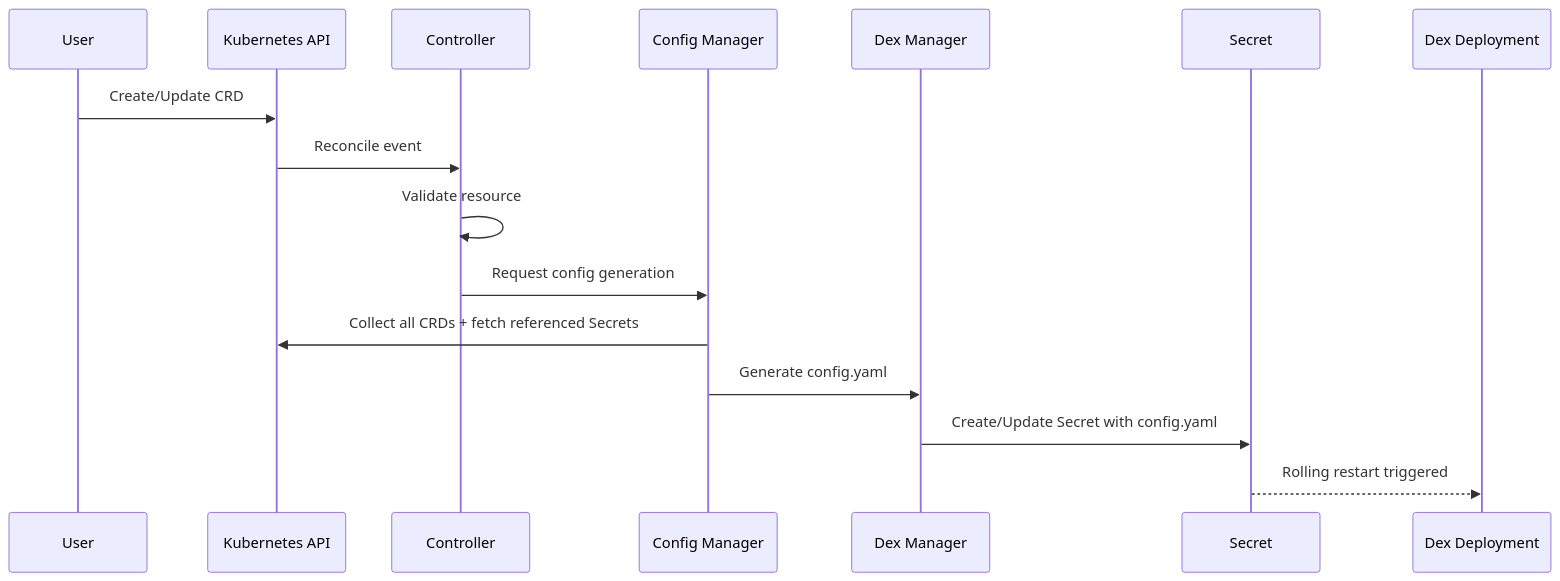
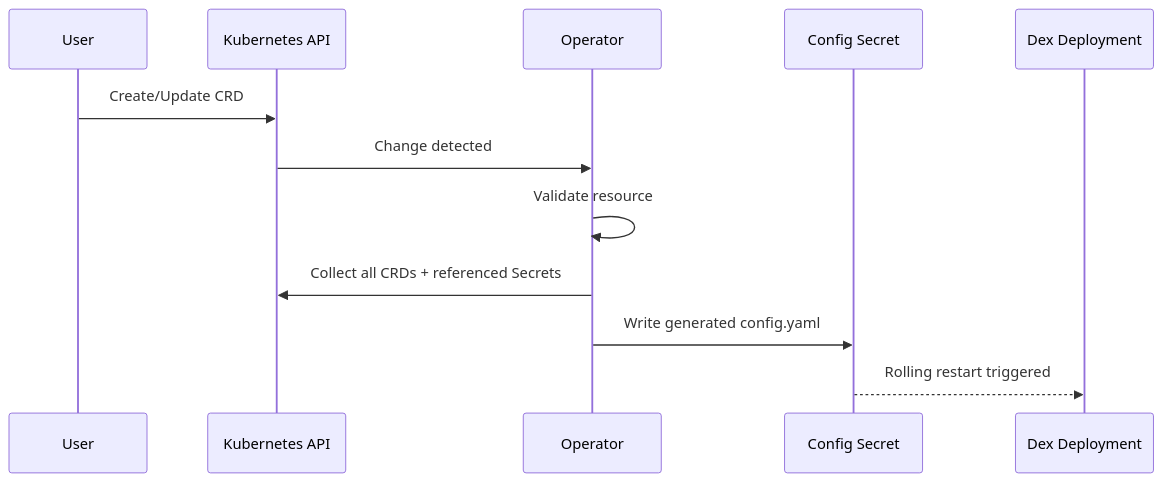
The diagram in content/architecture/concepts.md (stakater/dco-docs), drawn with Mermaid before and after one commit. The commit also changed other lines of this file and 1 other file, not shown here.

````diff
--- a/content/architecture/concepts.md
+++ b/content/architecture/concepts.md
@@ -7,19 +7,15 @@
 ```mermaid
 sequenceDiagram
     participant User
     participant K8s as Kubernetes API
-    participant Ctrl as Controller
-    participant CM as Config Manager
-    participant DM as Dex Manager
-    participant Sec as Secret
+    participant Op as Operator
+    participant Sec as Config Secret
     participant Dex as Dex Deployment
 
     User->>K8s: Create/Update CRD
-    K8s->>Ctrl: Reconcile event
-    Ctrl->>Ctrl: Validate resource
-    Ctrl->>CM: Request config generation
-    CM->>K8s: Collect all CRDs + fetch referenced Secrets
-    CM->>DM: Generate config.yaml
-    DM->>Sec: Create/Update Secret with config.yaml
+    K8s->>Op: Change detected
+    Op->>Op: Validate resource
+    Op->>K8s: Collect all CRDs + referenced Secrets
+    Op->>Sec: Write generated config.yaml
     Sec-->>Dex: Rolling restart triggered
 ```
````
